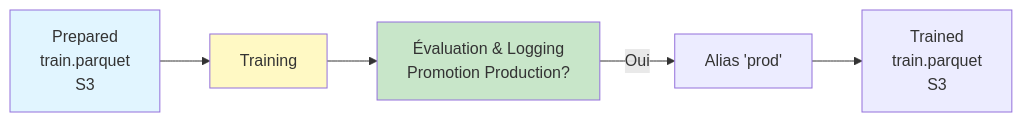
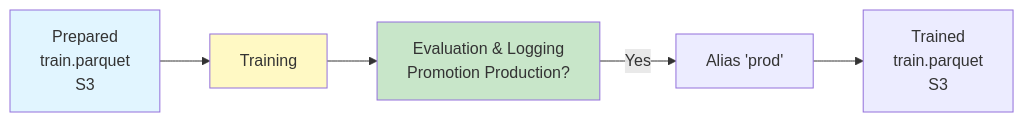
The first of 2 diagrams in Services/docsify/docs/training.md (jinsudai/jinsudai), drawn with Mermaid before and after one commit. The commit also changed other lines of this file and 3 other files, not shown here.

````diff
--- a/Services/docsify/docs/training.md
+++ b/Services/docsify/docs/training.md
@@ -9,11 +9,11 @@
 ```mermaid
 graph LR
     A[Prepared<br/>train.parquet<br/>S3] --> C[Training]
-    C --> E[Évaluation & Logging<br/>Promotion Production?]
-    E -->|Oui| F[Alias 'prod']
+    C --> E[Evaluation & Logging<br/>Promotion Production?]
+    E -->|Yes| F[Alias 'prod']
     F --> H[Trained<br/>train.parquet<br/>S3]
 
     style A fill:#e1f5ff
     style C fill:#fff9c4
     style E fill:#c8e6c9
 ```
````
